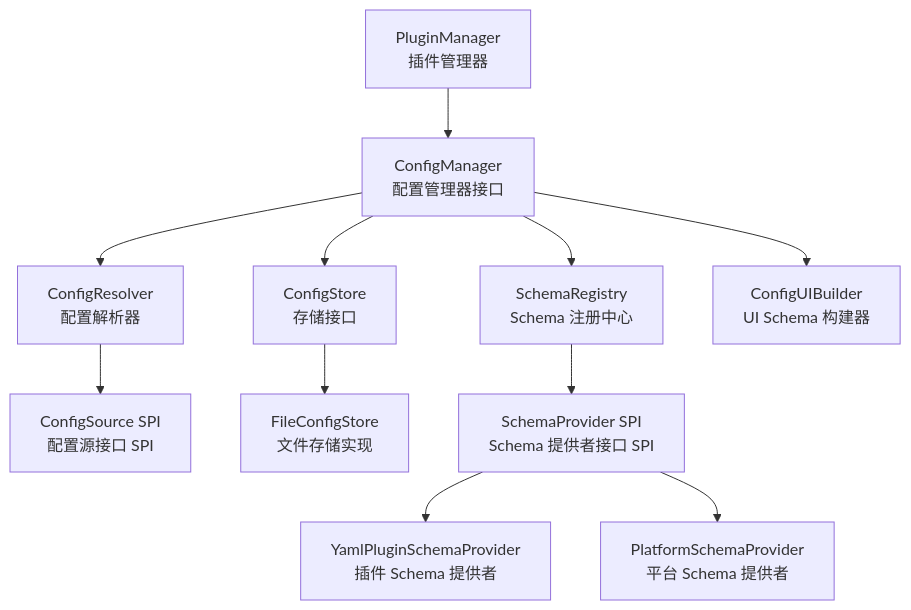
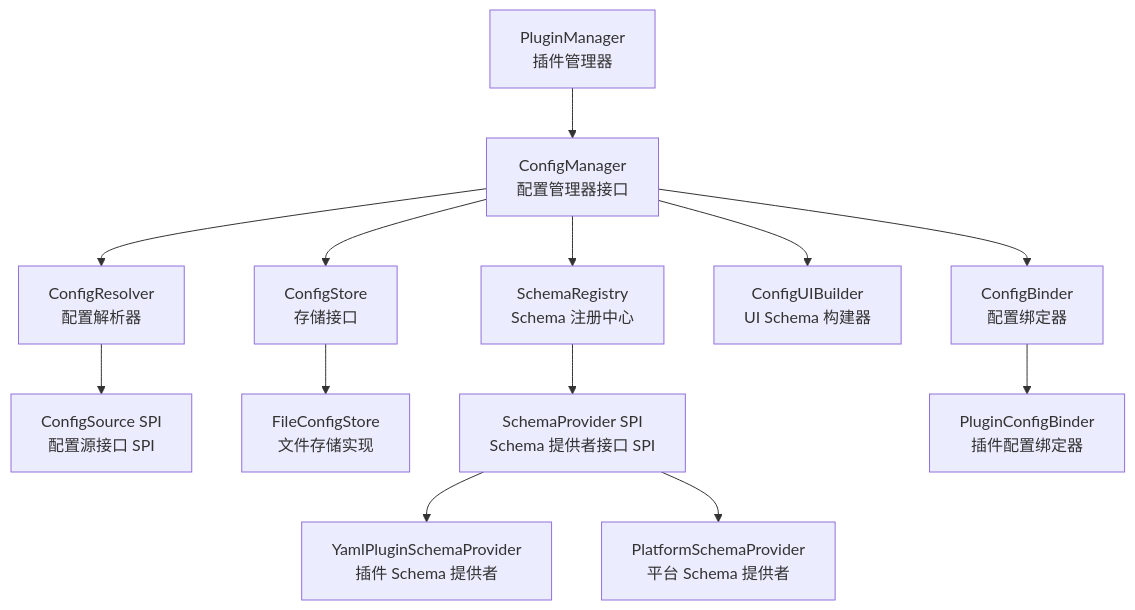
Before and after one commit to XingXuan-Sivan/nexus-admin: the diagram in docs/developer-guid/设计文档/配置中心.md, drawn with Mermaid. The commit also changed other lines of this file and 3 other files, not shown here.

````diff
--- a/docs/developer-guid/设计文档/配置中心.md
+++ b/docs/developer-guid/设计文档/配置中心.md
@@ -27,13 +27,15 @@
 ```mermaid
 graph TD
     PM[PluginManager<br/>插件管理器] --> CM[ConfigManager<br/>配置管理器接口]
     CM --> CR[ConfigResolver<br/>配置解析器]
     CM --> SR[SchemaRegistry<br/>Schema 注册中心]
     CM --> CS[ConfigStore<br/>存储接口]
     CM --> UB[ConfigUIBuilder<br/>UI Schema 构建器]
     CR --> SRC[ConfigSource SPI<br/>配置源接口 SPI]
     CS --> FS[FileConfigStore<br/>文件存储实现]
     SR --> SP[SchemaProvider SPI<br/>Schema 提供者接口 SPI]
     SP --> YPP[YamlPluginSchemaProvider<br/>插件 Schema 提供者]
     SP --> PSP[PlatformSchemaProvider<br/>平台 Schema 提供者]
+    CM --> CB[ConfigBinder<br/>配置绑定器]
+    CB --> PCB[PluginConfigBinder<br/>插件配置绑定器]
 ```
````
